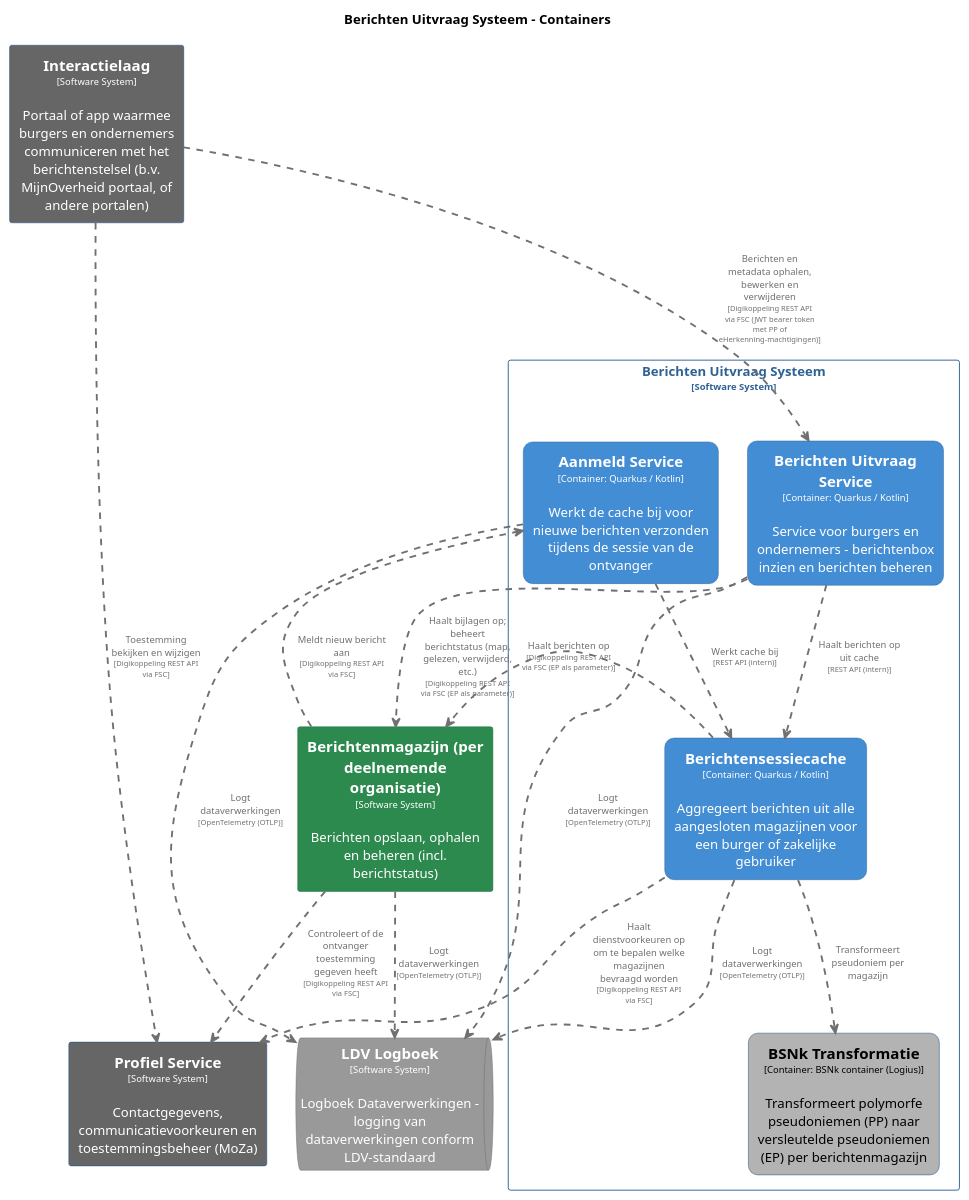
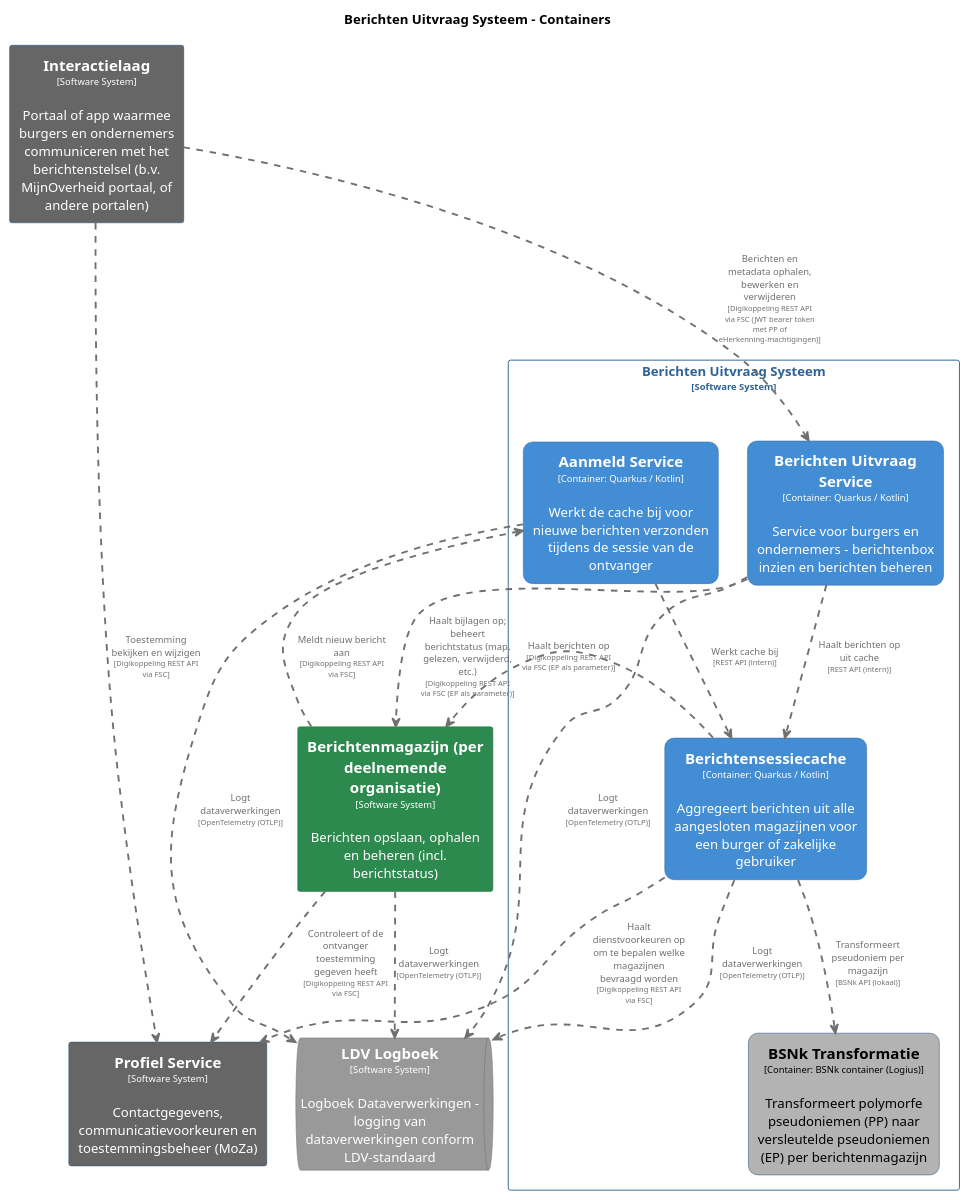
One commit to MinBZK/moza-poc-fbs-berichtenbox changed the diagram in pr-preview/pr-22/master/puml/BerichtenUitvraagSysteemContainers.puml. Above: the diagram before and after it, drawn with PlantUML. The commit also changed 10 other files, not shown here.

```diff
--- a/pr-preview/pr-22/master/puml/BerichtenUitvraagSysteemContainers.puml
+++ b/pr-preview/pr-22/master/puml/BerichtenUitvraagSysteemContainers.puml
@@ -1,102 +1,102 @@
 @startuml
 set separator none
 title Berichten Uitvraag Systeem - Containers
 
 top to bottom direction
 skinparam ranksep 60
 skinparam nodesep 30
 
 skinparam {
   arrowFontSize 10
   defaultTextAlignment center
   wrapWidth 200
   maxMessageSize 100
 }
 
 hide stereotype
 
 skinparam rectangle<<BerichtenUitvraagSysteem.AanmeldService>> {
   BackgroundColor #438dd5
   FontColor #ffffff
   BorderColor #2e6295
   roundCorner 20
   shadowing false
 }
 skinparam rectangle<<BerichtenUitvraagSysteem.BSNkTransformatie>> {
   BackgroundColor #b3b3b3
   FontColor #000000
   BorderColor #0b4884
   roundCorner 20
   shadowing false
 }
 skinparam rectangle<<BerichtenUitvraagSysteem.BerichtenUitvraagService>> {
   BackgroundColor #438dd5
   FontColor #ffffff
   BorderColor #2e6295
   roundCorner 20
   shadowing false
 }
 skinparam rectangle<<Berichtenmagazijnperdeelnemendeorganisatie>> {
   BackgroundColor #2d8a4e
   FontColor #ffffff
   BorderColor #1e6b38
   shadowing false
 }
 skinparam rectangle<<BerichtenUitvraagSysteem.Berichtensessiecache>> {
   BackgroundColor #438dd5
   FontColor #ffffff
   BorderColor #2e6295
   roundCorner 20
   shadowing false
 }
 skinparam rectangle<<Interactielaag>> {
   BackgroundColor #666666
   FontColor #ffffff
   BorderColor #0b4884
   shadowing false
 }
 skinparam queue<<LDVLogboek>> {
   BackgroundColor #999999
   FontColor #ffffff
   BorderColor #6b6b6b
   shadowing false
 }
 skinparam rectangle<<ProfielService>> {
   BackgroundColor #666666
   FontColor #ffffff
   BorderColor #0b4884
   shadowing false
 }
 skinparam rectangle<<BerichtenUitvraagSysteem>> {
   BorderColor #2e6295
   FontColor #2e6295
   shadowing false
 }
 
 rectangle "==Profiel Service\n<size:10>[Software System]</size>\n\nContactgegevens, communicatievoorkeuren en toestemmingsbeheer (MoZa)" <<ProfielService>> as ProfielService
 rectangle "==Interactielaag\n<size:10>[Software System]</size>\n\nPortaal of app waarmee burgers en ondernemers communiceren met het berichtenstelsel (b.v. MijnOverheid portaal, of andere portalen)" <<Interactielaag>> as Interactielaag
 rectangle "==Berichtenmagazijn (per deelnemende organisatie)\n<size:10>[Software System]</size>\n\nBerichten opslaan, ophalen en beheren (incl. berichtstatus)" <<Berichtenmagazijnperdeelnemendeorganisatie>> as Berichtenmagazijnperdeelnemendeorganisatie
 queue "==LDV Logboek\n<size:10>[Software System]</size>\n\nLogboek Dataverwerkingen - logging van dataverwerkingen conform LDV-standaard" <<LDVLogboek>> as LDVLogboek
 
 rectangle "Berichten Uitvraag Systeem\n<size:10>[Software System]</size>" <<BerichtenUitvraagSysteem>> {
   rectangle "==Berichtensessiecache\n<size:10>[Container: Quarkus / Kotlin]</size>\n\nAggregeert berichten uit alle aangesloten magazijnen voor een burger of zakelijke gebruiker" <<BerichtenUitvraagSysteem.Berichtensessiecache>> as BerichtenUitvraagSysteem.Berichtensessiecache
   rectangle "==Berichten Uitvraag Service\n<size:10>[Container: Quarkus / Kotlin]</size>\n\nService voor burgers en ondernemers - berichtenbox inzien en berichten beheren" <<BerichtenUitvraagSysteem.BerichtenUitvraagService>> as BerichtenUitvraagSysteem.BerichtenUitvraagService
   rectangle "==BSNk Transformatie\n<size:10>[Container: BSNk container (Logius)]</size>\n\nTransformeert polymorfe pseudoniemen (PP) naar versleutelde pseudoniemen (EP) per berichtenmagazijn" <<BerichtenUitvraagSysteem.BSNkTransformatie>> as BerichtenUitvraagSysteem.BSNkTransformatie
   rectangle "==Aanmeld Service\n<size:10>[Container: Quarkus / Kotlin]</size>\n\nWerkt de cache bij voor nieuwe berichten verzonden tijdens de sessie van de ontvanger" <<BerichtenUitvraagSysteem.AanmeldService>> as BerichtenUitvraagSysteem.AanmeldService
 }
 
 BerichtenUitvraagSysteem.Berichtensessiecache .[#707070,thickness=2].> ProfielService : "<color:#707070>Haalt dienstvoorkeuren op om te bepalen welke magazijnen bevraagd worden\n<color:#707070><size:8>[Digikoppeling REST API via FSC]</size>"
 BerichtenUitvraagSysteem.Berichtensessiecache .[#707070,thickness=2].> Berichtenmagazijnperdeelnemendeorganisatie : "<color:#707070>Haalt berichten op\n<color:#707070><size:8>[Digikoppeling REST API via FSC (EP als parameter)]</size>"
 Berichtenmagazijnperdeelnemendeorganisatie .[#707070,thickness=2].> LDVLogboek : "<color:#707070>Logt dataverwerkingen\n<color:#707070><size:8>[OpenTelemetry (OTLP)]</size>"
 BerichtenUitvraagSysteem.Berichtensessiecache .[#707070,thickness=2].> LDVLogboek : "<color:#707070>Logt dataverwerkingen\n<color:#707070><size:8>[OpenTelemetry (OTLP)]</size>"
 BerichtenUitvraagSysteem.BerichtenUitvraagService .[#707070,thickness=2].> LDVLogboek : "<color:#707070>Logt dataverwerkingen\n<color:#707070><size:8>[OpenTelemetry (OTLP)]</size>"
 BerichtenUitvraagSysteem.AanmeldService .[#707070,thickness=2].> LDVLogboek : "<color:#707070>Logt dataverwerkingen\n<color:#707070><size:8>[OpenTelemetry (OTLP)]</size>"
-BerichtenUitvraagSysteem.Berichtensessiecache .[#707070,thickness=2].> BerichtenUitvraagSysteem.BSNkTransformatie : "<color:#707070>Transformeert pseudoniem per magazijn"
+BerichtenUitvraagSysteem.Berichtensessiecache .[#707070,thickness=2].> BerichtenUitvraagSysteem.BSNkTransformatie : "<color:#707070>Transformeert pseudoniem per magazijn\n<color:#707070><size:8>[BSNk API (lokaal)]</size>"
 BerichtenUitvraagSysteem.AanmeldService .[#707070,thickness=2].> BerichtenUitvraagSysteem.Berichtensessiecache : "<color:#707070>Werkt cache bij\n<color:#707070><size:8>[REST API (intern)]</size>"
 BerichtenUitvraagSysteem.BerichtenUitvraagService .[#707070,thickness=2].> BerichtenUitvraagSysteem.Berichtensessiecache : "<color:#707070>Haalt berichten op uit cache\n<color:#707070><size:8>[REST API (intern)]</size>"
 Interactielaag .[#707070,thickness=2].> BerichtenUitvraagSysteem.BerichtenUitvraagService : "<color:#707070>Berichten en metadata ophalen, bewerken en verwijderen\n<color:#707070><size:8>[Digikoppeling REST API via FSC (JWT bearer token met PP of eHerkenning-machtigingen)]</size>"
 Interactielaag .[#707070,thickness=2].> ProfielService : "<color:#707070>Toestemming bekijken en wijzigen\n<color:#707070><size:8>[Digikoppeling REST API via FSC]</size>"
 BerichtenUitvraagSysteem.BerichtenUitvraagService .[#707070,thickness=2].> Berichtenmagazijnperdeelnemendeorganisatie : "<color:#707070>Haalt bijlagen op; beheert berichtstatus (map, gelezen, verwijderd, etc.)\n<color:#707070><size:8>[Digikoppeling REST API via FSC (EP als parameter)]</size>"
 Berichtenmagazijnperdeelnemendeorganisatie .[#707070,thickness=2].> BerichtenUitvraagSysteem.AanmeldService : "<color:#707070>Meldt nieuw bericht aan\n<color:#707070><size:8>[Digikoppeling REST API via FSC]</size>"
 Berichtenmagazijnperdeelnemendeorganisatie .[#707070,thickness=2].> ProfielService : "<color:#707070>Controleert of de ontvanger toestemming gegeven heeft\n<color:#707070><size:8>[Digikoppeling REST API via FSC]</size>"
 @enduml
```
